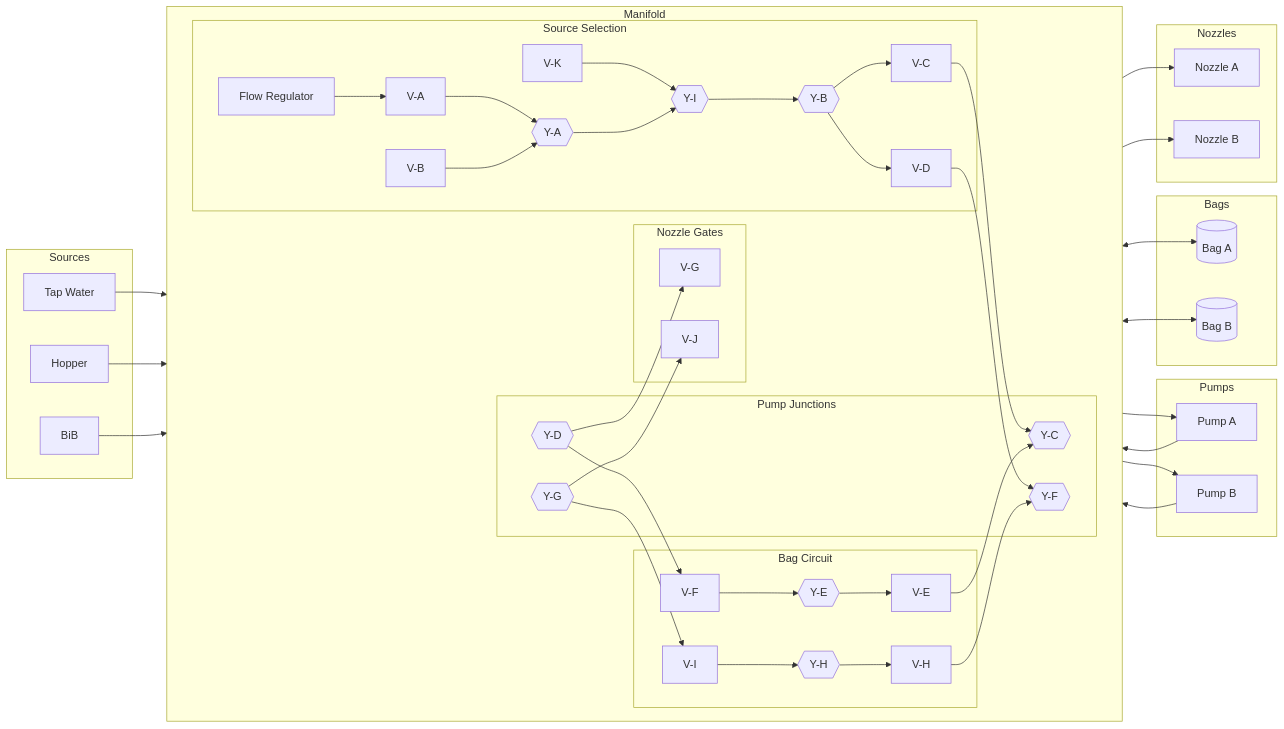
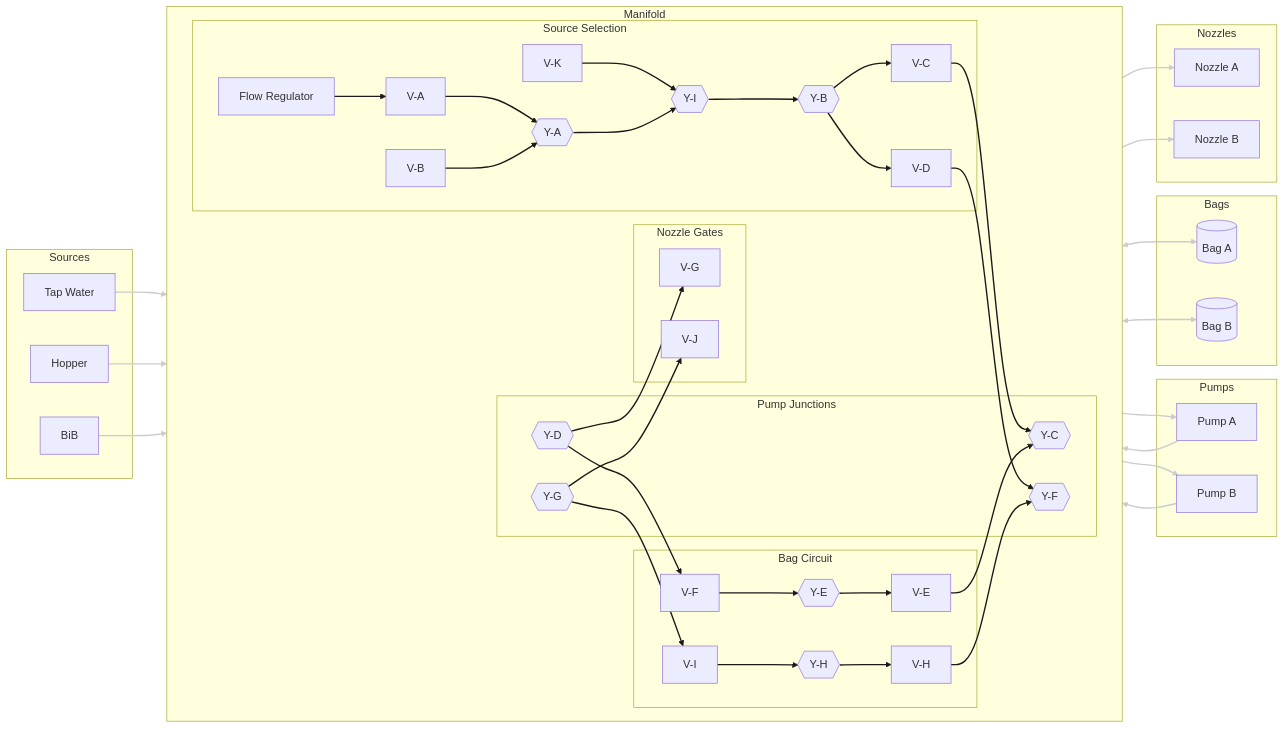
The diagram in hardware/topology/fluid-topology-manifold.mmd (derekbreden/soda-flavor-injector), drawn with Mermaid before and after one commit.

Commit message:
Add link styling to manifold topology diagram
Manifold internals dark (#1a1a1a), tube runs to remote components
white (#ccc).

```diff
--- a/hardware/topology/fluid-topology-manifold.mmd
+++ b/hardware/topology/fluid-topology-manifold.mmd
@@ -1,107 +1,112 @@
 flowchart LR
 
   %% =========================
   %% Remote components
   %% =========================
   subgraph Sources["Sources"]
     Tap["Tap Water"]
     Hopper["Hopper"]
     BiB["BiB"]
   end
 
   subgraph Pumps["Pumps"]
     PA["Pump A"]
     PB["Pump B"]
   end
 
   subgraph Bags["Bags"]
     BagA[("Bag A")]
     BagB[("Bag B")]
   end
 
   subgraph Nozzles["Nozzles"]
     NozzleA["Nozzle A"]
     NozzleB["Nozzle B"]
   end
 
   %% =========================
   %% Manifold
   %% =========================
   subgraph Manifold["Manifold"]
     direction LR
 
     subgraph SourceSelection["Source Selection"]
       Reg["Flow Regulator"]
       VA["V-A"]
       VB["V-B"]
       VK["V-K"]
       YA{{"Y-A"}}
       YI{{"Y-I"}}
       YB{{"Y-B"}}
       VC["V-C"]
       VD["V-D"]
     end
 
     subgraph MfPumps["Pump Junctions"]
       YC{{"Y-C"}}
       YD{{"Y-D"}}
       YF{{"Y-F"}}
       YG{{"Y-G"}}
     end
 
     subgraph MfNozzles["Nozzle Gates"]
       VG["V-G"]
       VJ["V-J"]
     end
 
     subgraph MfBags["Bag Circuit"]
       VE["V-E"]
       YE{{"Y-E"}}
       VF["V-F"]
       VH["V-H"]
       YH{{"Y-H"}}
       VI["V-I"]
     end
 
     %% Source Selection connections
     Reg --> VA
     VA --> YA
     VB --> YA
     VK --> YI
     YA --> YI
     YI --> YB
     YB --> VC
     YB --> VD
 
     %% Pump Junctions connections
     VC --> YC
     VD --> YF
     YD --> VG
     YD --> VF
     YG --> VJ
     YG --> VI
 
     %% Bag Circuit connections
     VE --> YC
     VF --> YE
     YE --> VE
     VH --> YF
     VI --> YH
     YH --> VH
   end
 
   %% =========================
   %% Tube runs (manifold ↔ remote)
   %% =========================
   Tap --> Reg
   Hopper --> VB
   BiB --> VK
 
   YC --> PA --> YD
   YF --> PB --> YG
 
   YE <--> BagA
   YH <--> BagB
 
   VG --> NozzleA
   VJ --> NozzleB
+
+  %% Manifold internals
+  linkStyle 0,1,2,3,4,5,6,7,8,9,10,11,12,13,14,15,16,17,18,19 stroke:#1a1a1a,stroke-width:2px
+  %% Tube runs to remote components
+  linkStyle 20,21,22,23,24,25,26,27,28,29,30 stroke:#ccc,stroke-width:2px
```
